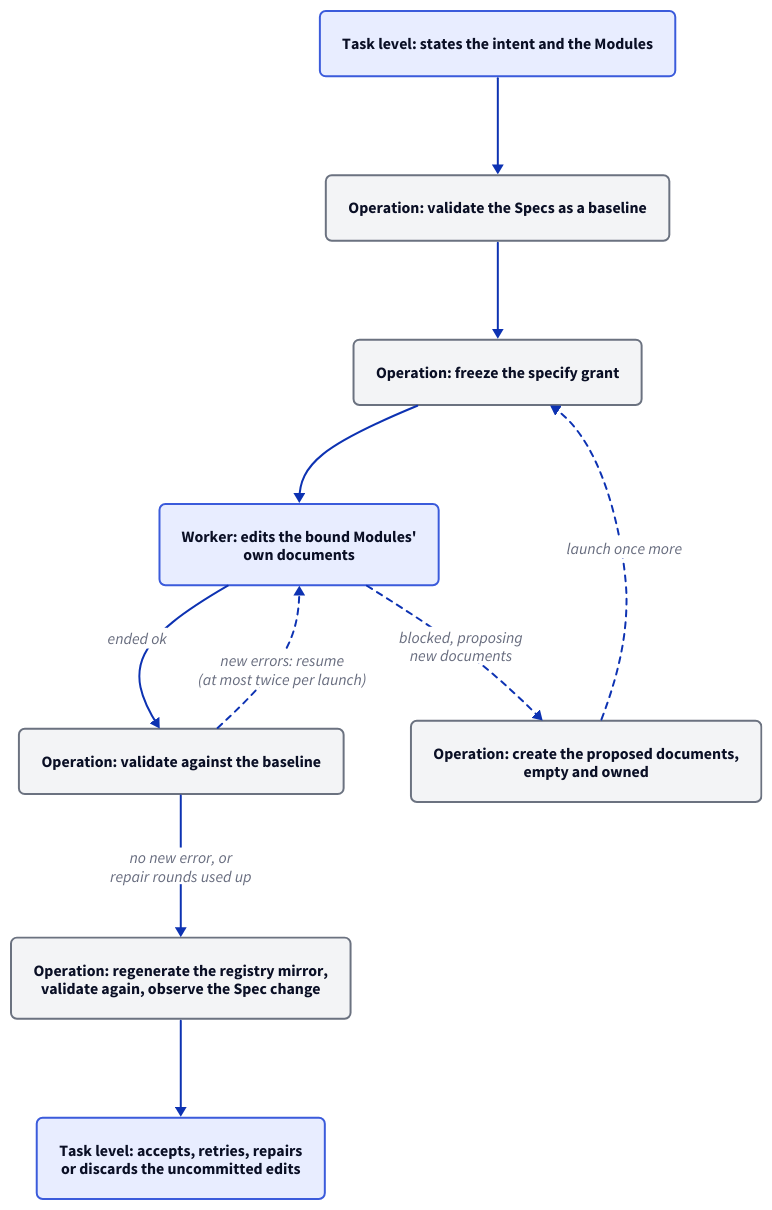
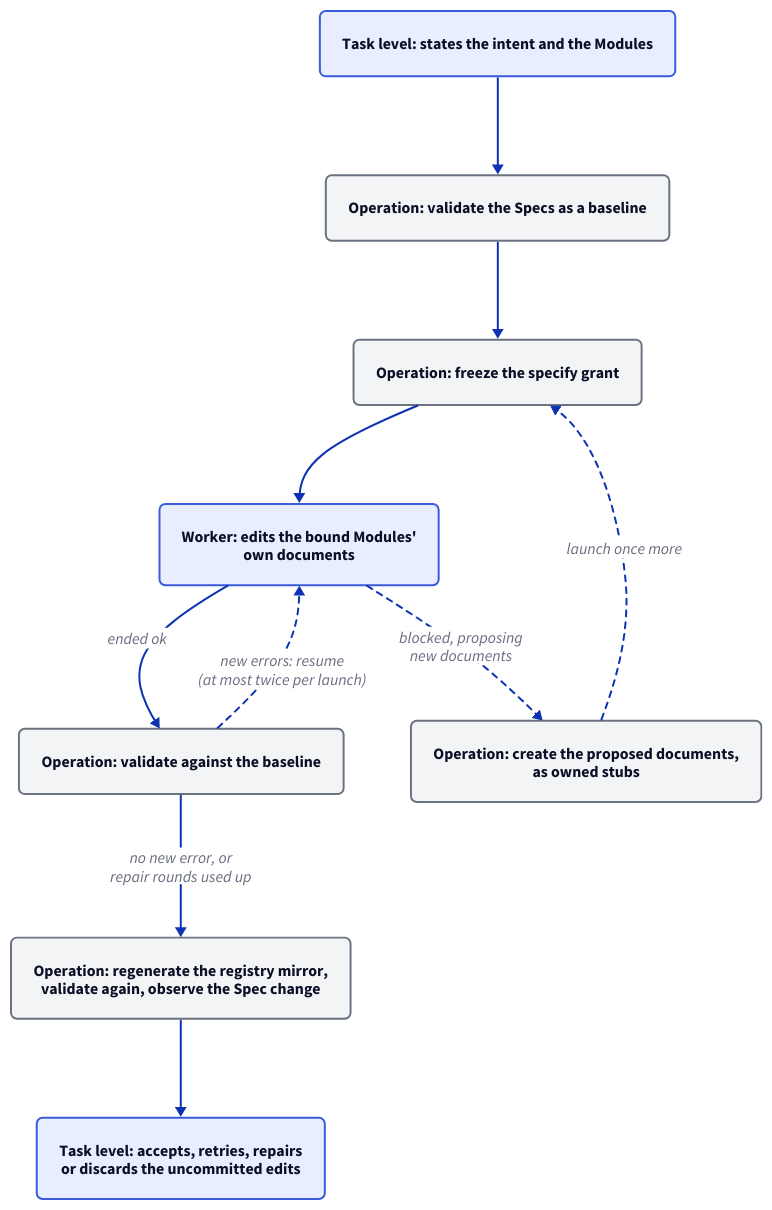
One commit to FTOD/concorde changed the first of 2 diagrams in specs/concorde/method/specification/module.md. Above: the diagram before and after it, drawn with D2. The commit also changed other lines of this file and 5 other files, not shown here.

````diff
--- a/specs/concorde/method/specification/module.md
+++ b/specs/concorde/method/specification/module.md
@@ -100,22 +100,22 @@
 ```d2 illustrative
 direction: down
 classes: {
   agent: {style: {fill: "#e8edff"; stroke: "#3b5bdb"; stroke-width: 2; border-radius: 6}}
   program: {style: {fill: "#f3f4f6"; stroke: "#6b7280"; stroke-width: 2; border-radius: 6}}
 }
 intent: "Task level: states the intent and the Modules" {class: agent}
 baseline: "Operation: validate the Specs as a baseline" {class: program}
 prepare: "Operation: freeze the specify grant" {class: program}
 edit: "Worker: edits the bound Modules'\nown documents" {class: agent}
 check: "Operation: validate against the baseline" {class: program}
-create: "Operation: create the proposed documents,\nempty and owned" {class: program}
+create: "Operation: create the proposed documents,\nas owned stubs" {class: program}
 observe: "Operation: regenerate the registry mirror,\nvalidate again, observe the Spec change" {class: program}
 decide: "Task level: accepts, retries, repairs\nor discards the uncommitted edits" {class: agent}
 intent -> baseline -> prepare -> edit
 edit -> check: ended ok
 check -> edit: "new errors: resume\n(at most twice per launch)" {style.stroke-dash: 3}
 edit -> create: "blocked, proposing\nnew documents" {style.stroke-dash: 3}
 create -> prepare: "launch once more" {style.stroke-dash: 3}
 check -> observe: "no new error, or\nrepair rounds used up"
 observe -> decide
 ```
````
